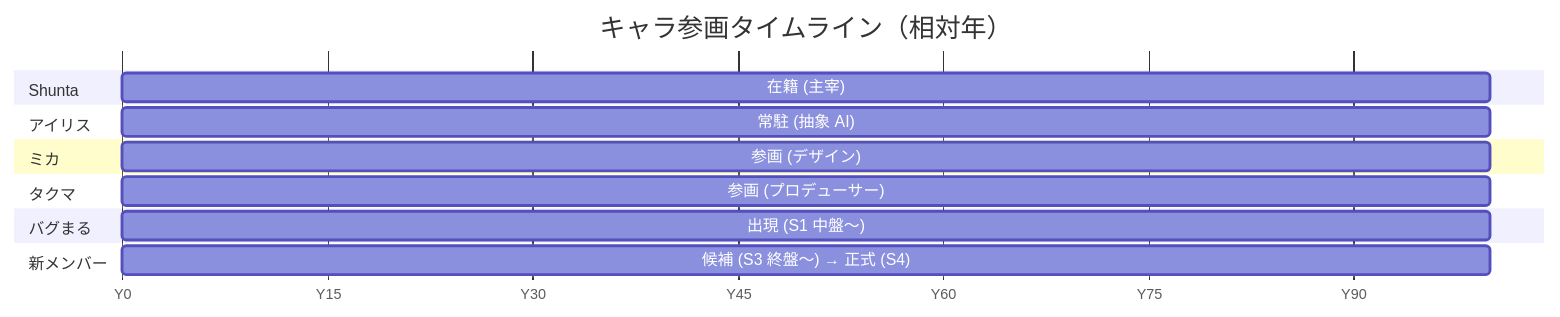
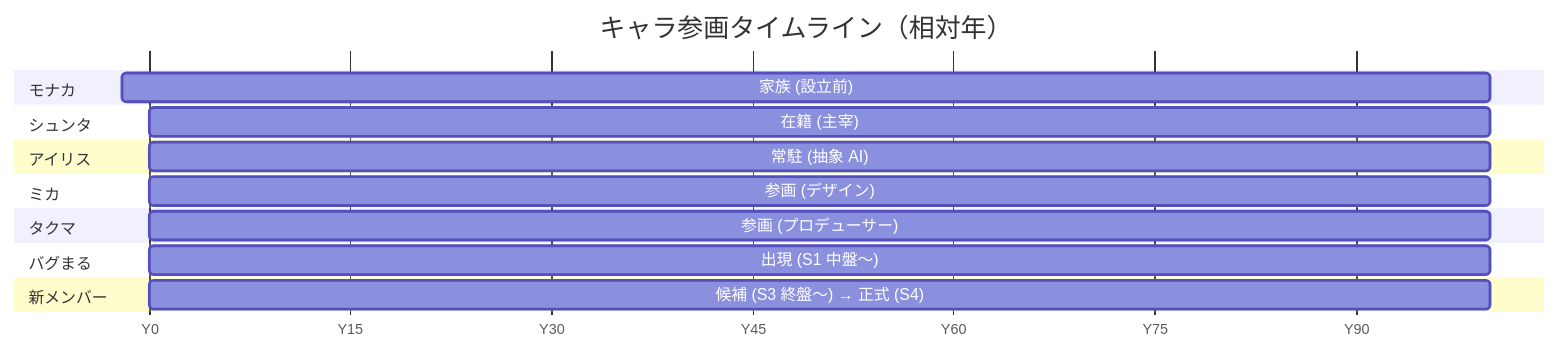
Before and after one commit to shunta-furukawa/creative-lab-comics: the diagram in lore/timeline.md, drawn with Mermaid. The commit also changed other lines of this file and 25 other files, not shown here.

````diff
--- a/lore/timeline.md
+++ b/lore/timeline.md
@@ -84,19 +86,21 @@
 ```mermaid
 gantt
     title キャラ参画タイムライン（相対年）
     dateFormat  X
     axisFormat  Y%s
 
-    section Shunta
+    section モナカ
+    家族 (設立前)           :-2, 100
+    section シュンタ
     在籍 (主宰)             :0, 100
     section アイリス
     常駐 (抽象 AI)          :3, 100
     section ミカ
     参画 (デザイン)         :6, 100
     section タクマ
     参画 (プロデューサー)    :9, 100
     section バグまる
     出現 (S1 中盤〜)        :13, 100
     section 新メンバー
     候補 (S3 終盤〜) → 正式 (S4)  :16, 100
 ```
````
